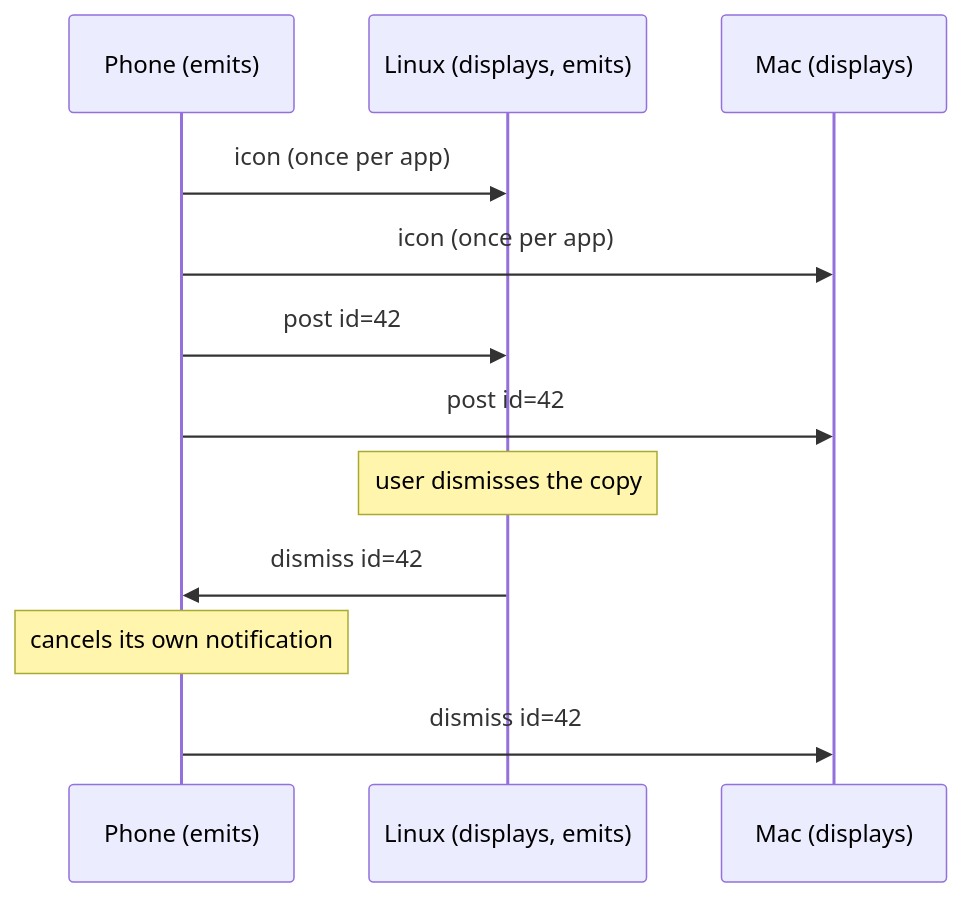
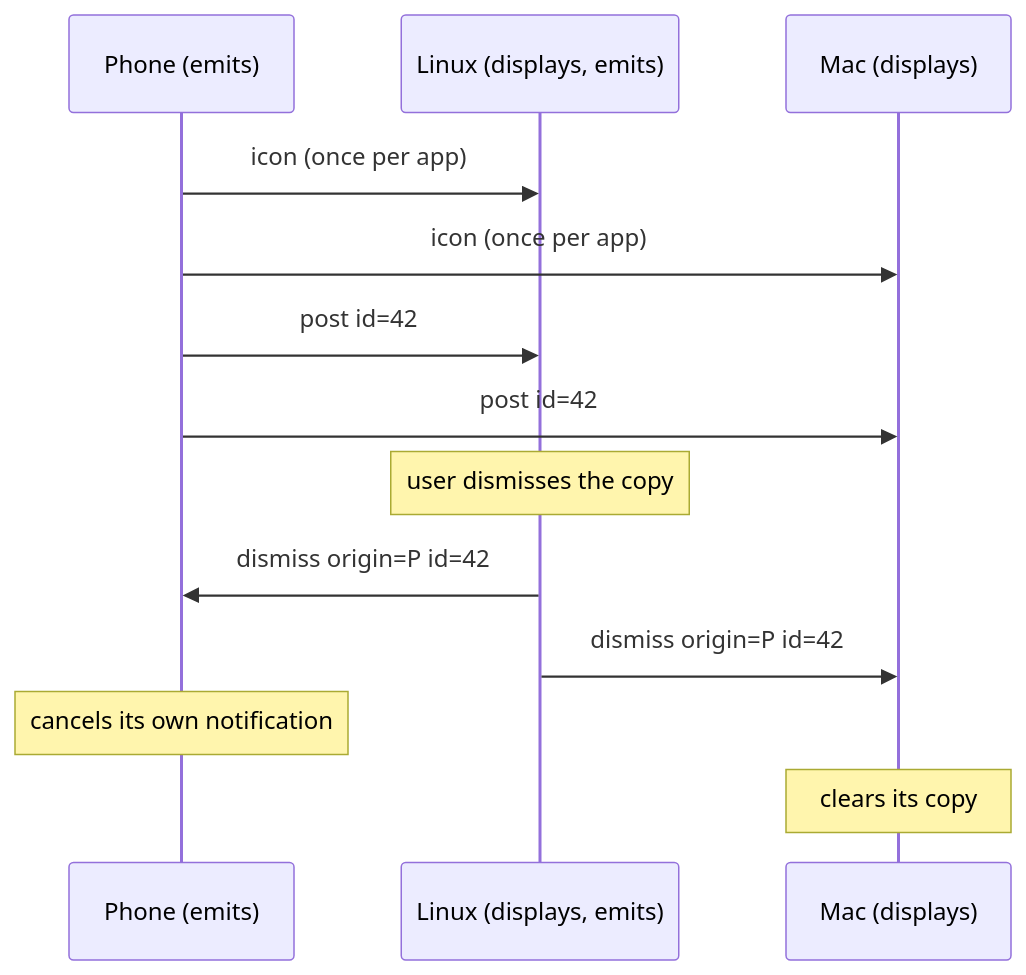
One commit to garth/ligature-protocol changed the first of 2 diagrams in docs/milestones/03-notifications.md. Above: the diagram before and after it, drawn with Mermaid. The commit also changed other lines of this file and 1 other file, not shown here.

````diff
--- a/docs/milestones/03-notifications.md
+++ b/docs/milestones/03-notifications.md
@@ -96,14 +99,15 @@
 ```mermaid
 sequenceDiagram
     participant P as Phone (emits)
     participant L as Linux (displays, emits)
     participant M as Mac (displays)
     P->>L: icon (once per app)
     P->>M: icon (once per app)
     P->>L: post id=42
     P->>M: post id=42
     Note over L: user dismisses the copy
-    L->>P: dismiss id=42
+    L->>P: dismiss origin=P id=42
+    L->>M: dismiss origin=P id=42
     Note over P: cancels its own notification
-    P->>M: dismiss id=42
+    Note over M: clears its copy
 ```
````
